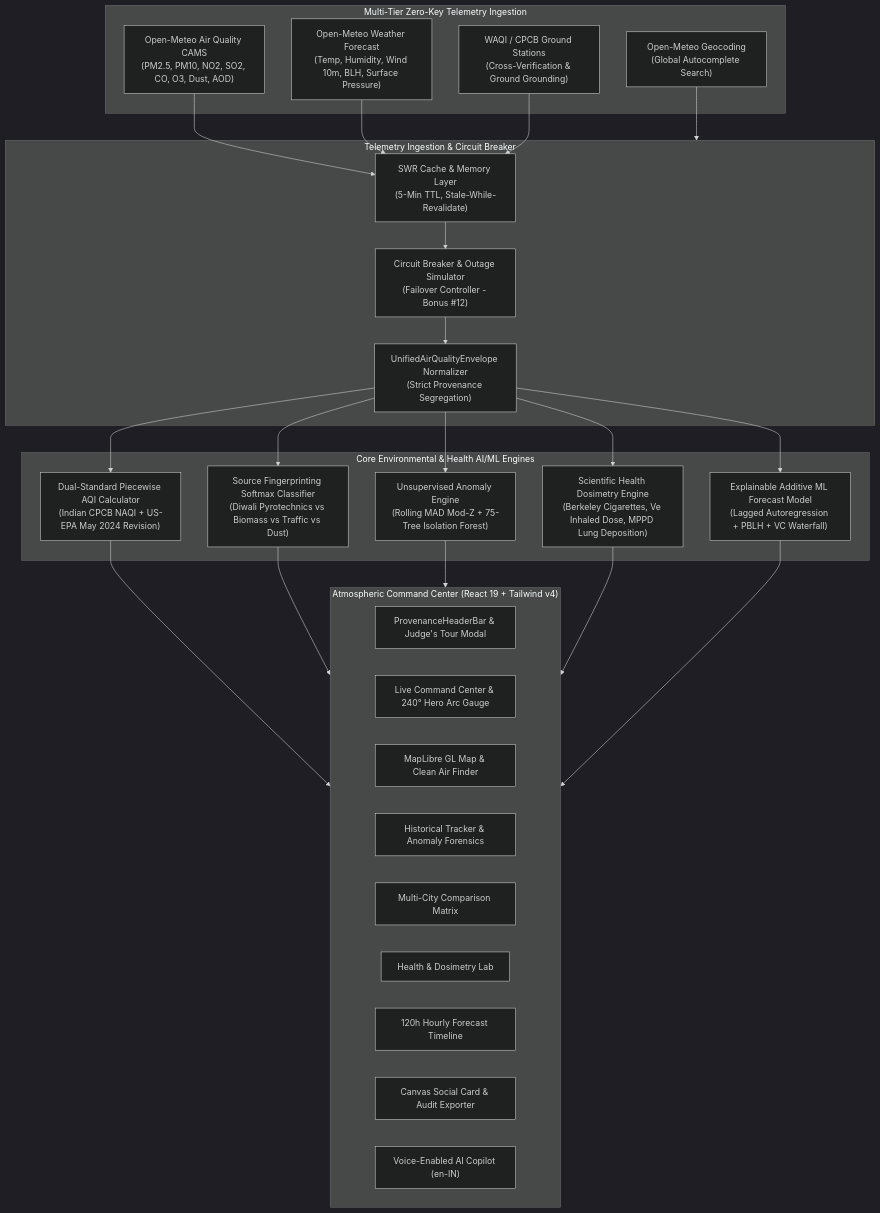
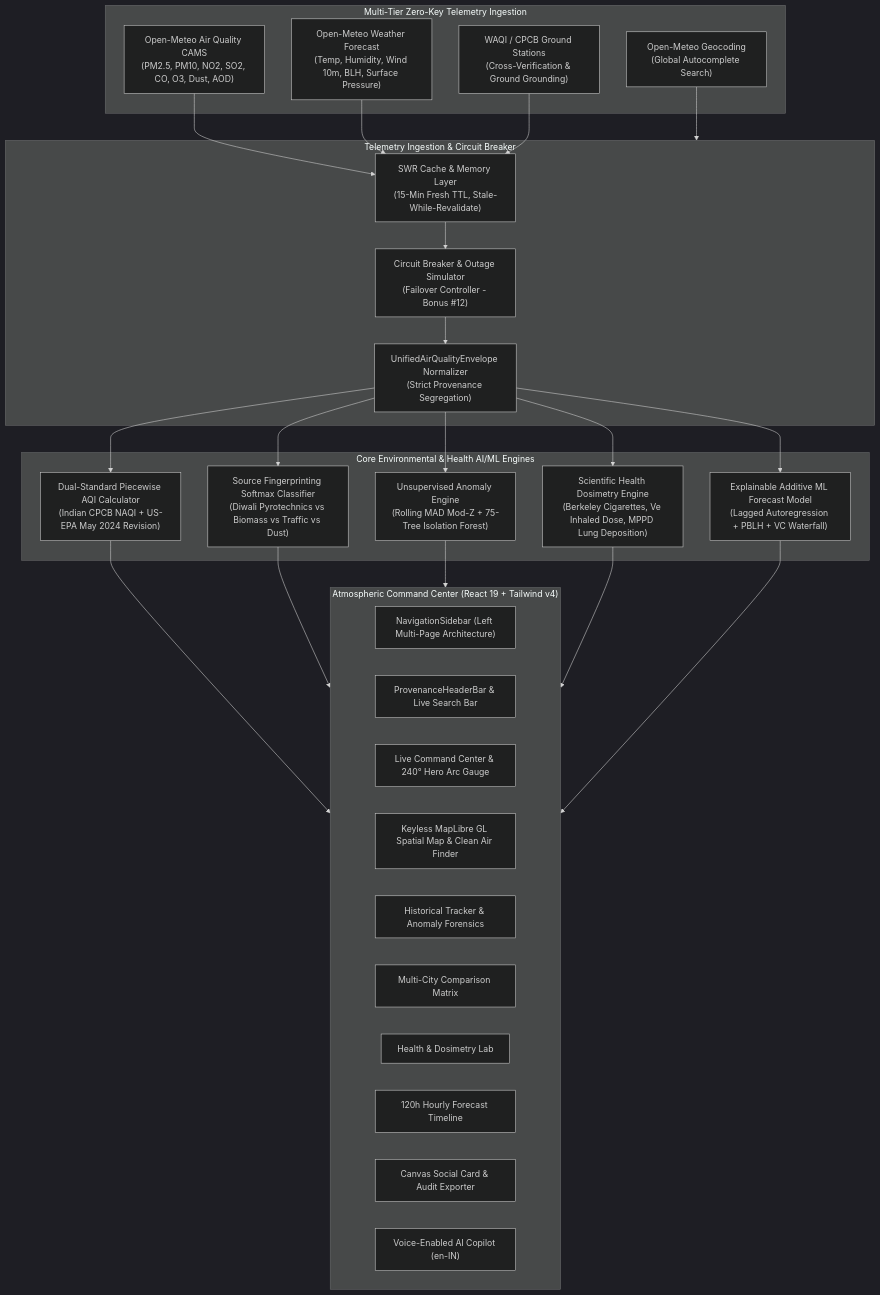
Before and after one commit to Adnan9-63/AetherGaurd: the diagram in README.md, drawn with Mermaid (dark theme). The commit also changed other lines of this file, not shown here.

Commit message:
docs: add Vercel live deployment link, update rubric matrix and architecture specs

````diff
--- a/README.md
+++ b/README.md
@@ -131,54 +149,55 @@
 ```mermaid
 flowchart TD
     subgraph DataIngestion ["Multi-Tier Zero-Key Telemetry Ingestion"]
         OM_AQ["Open-Meteo Air Quality CAMS\n(PM2.5, PM10, NO2, SO2, CO, O3, Dust, AOD)"]
         OM_WX["Open-Meteo Weather Forecast\n(Temp, Humidity, Wind 10m, BLH, Surface Pressure)"]
         OM_GEO["Open-Meteo Geocoding\n(Global Autocomplete Search)"]
         WAQI_IN["WAQI / CPCB Ground Stations\n(Cross-Verification & Ground Grounding)"]
     end
 
     subgraph Orchestrator ["Telemetry Ingestion & Circuit Breaker"]
-        SWR["SWR Cache & Memory Layer\n(5-Min TTL, Stale-While-Revalidate)"]
+        SWR["SWR Cache & Memory Layer\n(15-Min Fresh TTL, Stale-While-Revalidate)"]
         CIRCUIT["Circuit Breaker & Outage Simulator\n(Failover Controller - Bonus #12)"]
         ENVELOPE["UnifiedAirQualityEnvelope Normalizer\n(Strict Provenance Segregation)"]
     end
 
     subgraph ScientificEngines ["Core Environmental & Health AI/ML Engines"]
         AQI_CALC["Dual-Standard Piecewise AQI Calculator\n(Indian CPCB NAQI + US-EPA May 2024 Revision)"]
         SOURCE_FP["Source Fingerprinting Softmax Classifier\n(Diwali Pyrotechnics vs Biomass vs Traffic vs Dust)"]
         ANOMALY["Unsupervised Anomaly Engine\n(Rolling MAD Mod-Z + 75-Tree Isolation Forest)"]
         HEALTH["Scientific Health Dosimetry Engine\n(Berkeley Cigarettes, Ve Inhaled Dose, MPPD Lung Deposition)"]
         FORECAST_ML["Explainable Additive ML Forecast Model\n(Lagged Autoregression + PBLH + VC Waterfall)"]
     end
 
     subgraph CommandCenter ["Atmospheric Command Center (React 19 + Tailwind v4)"]
-        UI_HEADER["ProvenanceHeaderBar & Judge's Tour Modal"]
+        UI_SIDEBAR["NavigationSidebar (Left Multi-Page Architecture)"]
+        UI_HEADER["ProvenanceHeaderBar & Live Search Bar"]
         UI_A["Live Command Center & 240° Hero Arc Gauge"]
-        UI_B["MapLibre GL Map & Clean Air Finder"]
+        UI_B["Keyless MapLibre GL Spatial Map & Clean Air Finder"]
         UI_C["Historical Tracker & Anomaly Forensics"]
         UI_D["Multi-City Comparison Matrix"]
         UI_E["Health & Dosimetry Lab"]
         UI_F["120h Hourly Forecast Timeline"]
         UI_SHARE["Canvas Social Card & Audit Exporter"]
         UI_COPILOT["Voice-Enabled AI Copilot (en-IN)"]
     end
 
     OM_AQ --> SWR
     OM_WX --> SWR
     OM_GEO --> Orchestrator
     WAQI_IN --> SWR
     SWR --> CIRCUIT
     CIRCUIT --> ENVELOPE
 
     ENVELOPE --> AQI_CALC
     ENVELOPE --> SOURCE_FP
     ENVELOPE --> ANOMALY
     ENVELOPE --> HEALTH
     ENVELOPE --> FORECAST_ML
 
     AQI_CALC --> CommandCenter
     SOURCE_FP --> CommandCenter
     ANOMALY --> CommandCenter
     HEALTH --> CommandCenter
     FORECAST_ML --> CommandCenter
 ```
````
